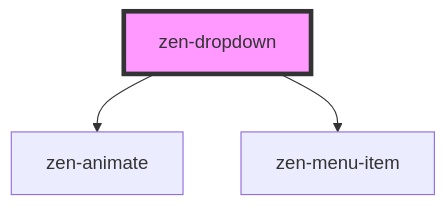
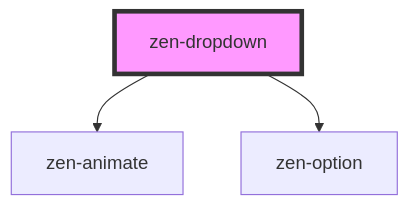
One commit to reciprocity/zen-ui changed the diagram in src/components/zen-dropdown/readme.md. Above: the diagram before and after it, drawn with Mermaid. The commit also changed other lines of this file and 7 other files, not shown here.

Commit message:
refactor: rename zen-menu-item to zen-option

````diff
--- a/src/components/zen-dropdown/readme.md
+++ b/src/components/zen-dropdown/readme.md
@@ -50,6 +50,6 @@
 ```mermaid
 graph TD;
   zen-dropdown --> zen-animate
-  zen-dropdown --> zen-menu-item
+  zen-dropdown --> zen-option
   style zen-dropdown fill:#f9f,stroke:#333,stroke-width:4px
 ```
````
